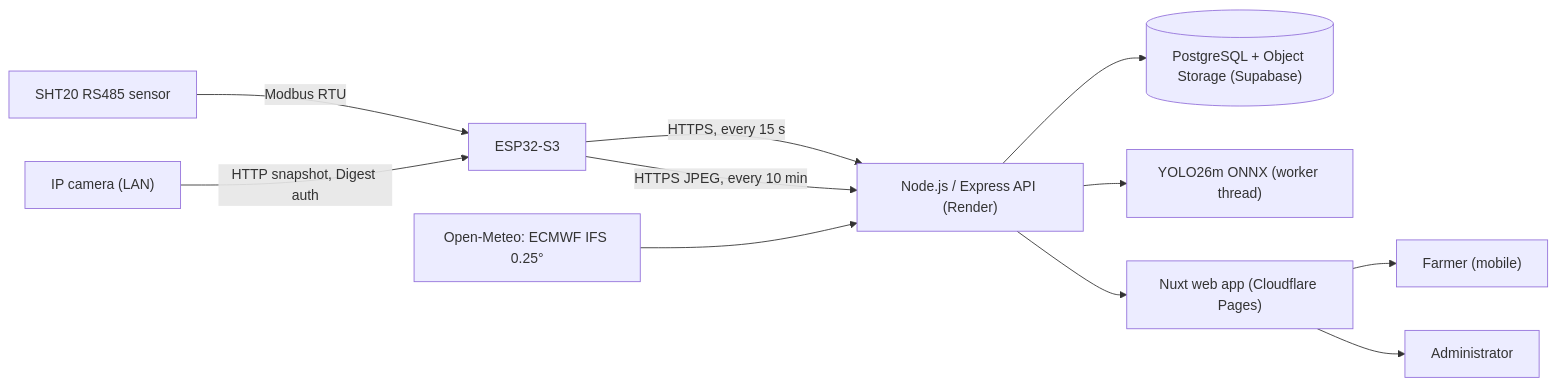
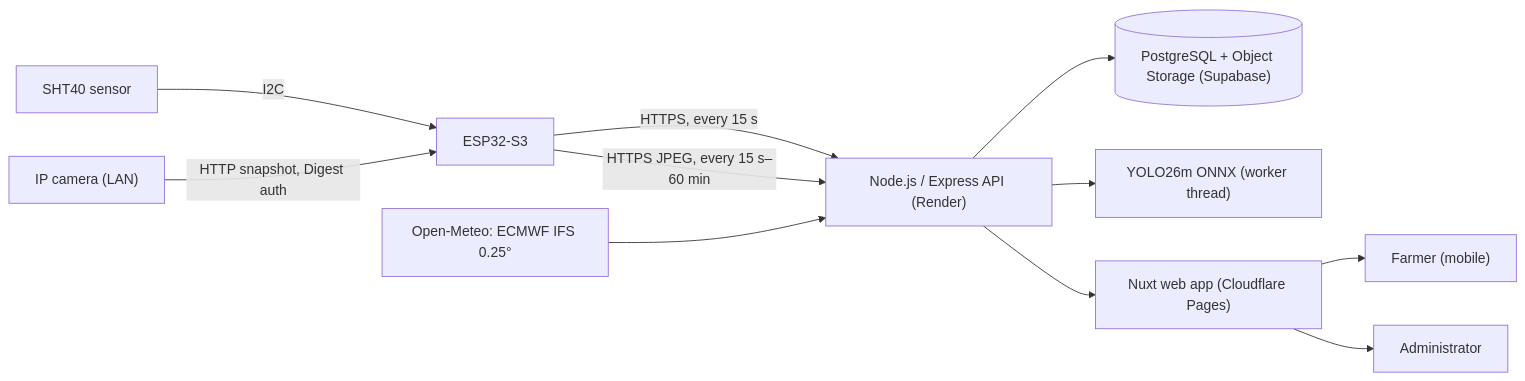
The diagram in docs/paper/CowCare_AI_scope_and_technology.md (peetph22-ship-it/Cow_detect), drawn with Mermaid before and after one commit. The commit also changed other lines of this file and 12 other files, not shown here.

First line of the commit message:
docs(paper): hardware sections for SHT40 / firmware 1.6.x, wiring diagram, BOM, hardware evaluation protocol; one overview file

````diff
--- a/docs/paper/CowCare_AI_scope_and_technology.md
+++ b/docs/paper/CowCare_AI_scope_and_technology.md
@@ -106,13 +106,13 @@
 ```mermaid
 flowchart LR
-  SEN["SHT20 RS485 sensor"] -->|Modbus RTU| ESP["ESP32-S3"]
+  SEN["SHT40 sensor"] -->|I2C| ESP["ESP32-S3"]
   CAM["IP camera (LAN)"] -->|HTTP snapshot, Digest auth| ESP
   ESP -->|HTTPS, every 15 s| API["Node.js / Express API (Render)"]
-  ESP -->|HTTPS JPEG, every 10 min| API
+  ESP -->|HTTPS JPEG, every 15 s–60 min| API
   API --> DB[("PostgreSQL + Object Storage (Supabase)")]
   API --> YOLO["YOLO26m ONNX (worker thread)"]
   OM["Open-Meteo: ECMWF IFS 0.25°"] --> API
   API --> WEB["Nuxt web app (Cloudflare Pages)"]
   WEB --> F["Farmer (mobile)"]
   WEB --> A["Administrator"]
 ```
````
